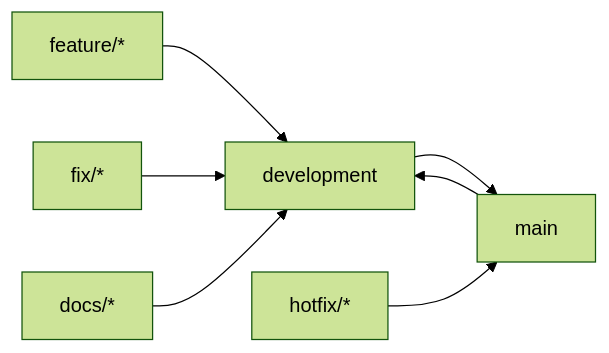
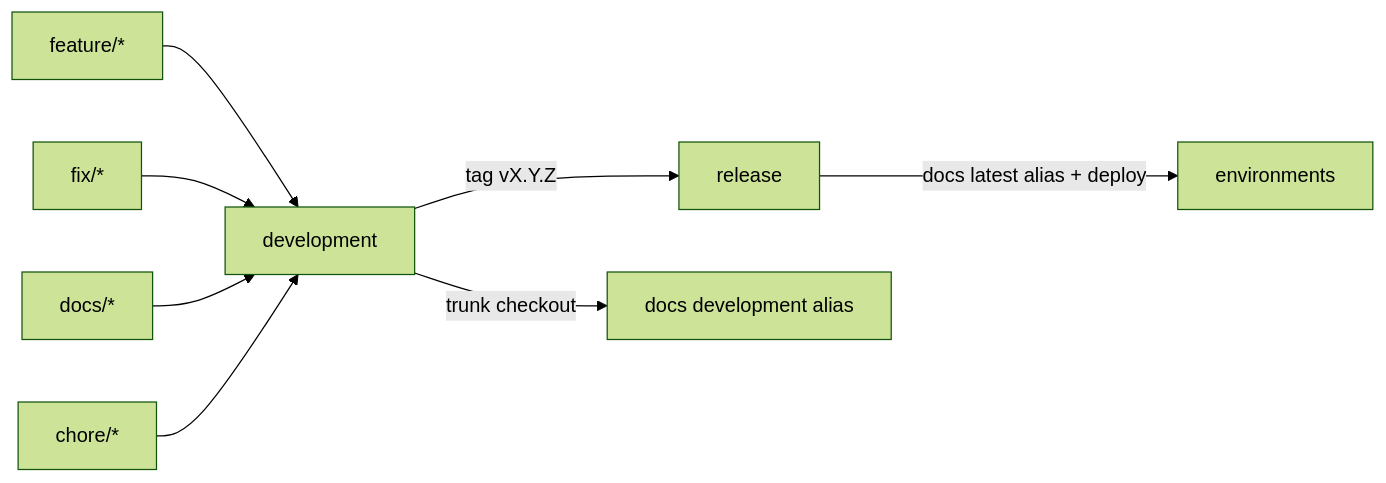
One commit to toxicoder/inkorporated changed the diagram in CONTRIBUTING.md. Above: the diagram before and after it, drawn with Mermaid (forest theme). The commit also changed other lines of this file and 588 other files, not shown here.

````diff
--- a/CONTRIBUTING.md
+++ b/CONTRIBUTING.md
@@ -123,9 +168,10 @@
 ```mermaid
 flowchart LR
-  feat[feature/*] --> dev[development]
-  fix[fix/*] --> dev
-  docs[docs/*] --> dev
-  dev --> main[main]
-  hotfix[hotfix/*] --> main
-  main --> dev
+  feat[feature/*] --> trunk[development]
+  fix[fix/*] --> trunk
+  docs[docs/*] --> trunk
+  chore[chore/*] --> trunk
+  trunk -->|tag vX.Y.Z| rel[release]
+  trunk -->|trunk checkout| dev[docs development alias]
+  rel -->|docs latest alias + deploy| envs[environments]
 ```
````
